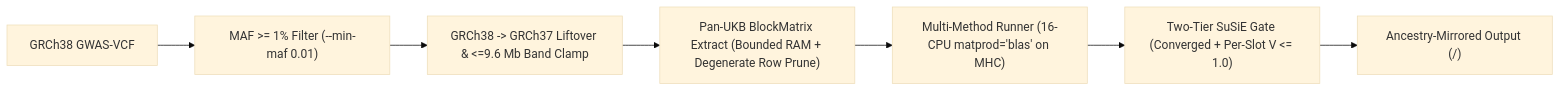
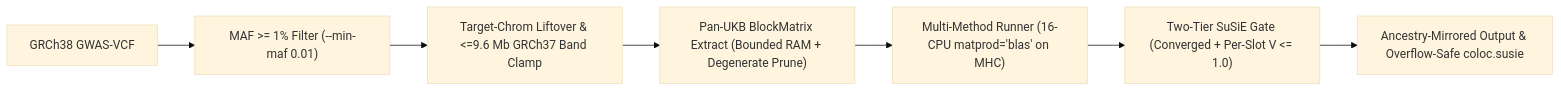
One commit to mattlee821/GWASfinemapping changed the diagram in docs/sun_eur_vs_all_comparison_report.md. Above: the diagram before and after it, drawn with Mermaid (base theme). The commit also changed other lines of this file and 1 other file, not shown here.

Commit message:
Finalize 6-cohort pQTL fine-mapping report and guard extreme-LBF coloc overflow

````diff
--- a/docs/sun_eur_vs_all_comparison_report.md
+++ b/docs/sun_eur_vs_all_comparison_report.md
@@ -15,9 +23,9 @@
 ```mermaid
 flowchart LR
     A["GRCh38 GWAS-VCF"] --> B["MAF >= 1% Filter (--min-maf 0.01)"]
-    B --> C["GRCh38 -> GRCh37 Liftover & <=9.6 Mb Band Clamp"]
-    C --> D["Pan-UKB BlockMatrix Extract (Bounded RAM + Degenerate Row Prune)"]
+    B --> C["Target-Chrom Liftover & <=9.6 Mb GRCh37 Band Clamp"]
+    C --> D["Pan-UKB BlockMatrix Extract (Bounded RAM + Degenerate Prune)"]
     D --> E["Multi-Method Runner (16-CPU matprod='blas' on MHC)"]
     E --> F["Two-Tier SuSiE Gate (Converged + Per-Slot V <= 1.0)"]
-    F --> G["Ancestry-Mirrored Output (<study_dir>/<gwas_id>)"]
+    F --> G["Ancestry-Mirrored Output & Overflow-Safe coloc.susie"]
 ```
````
